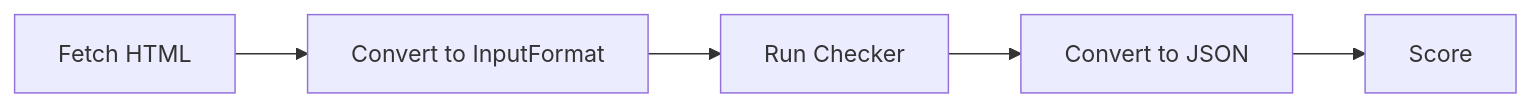
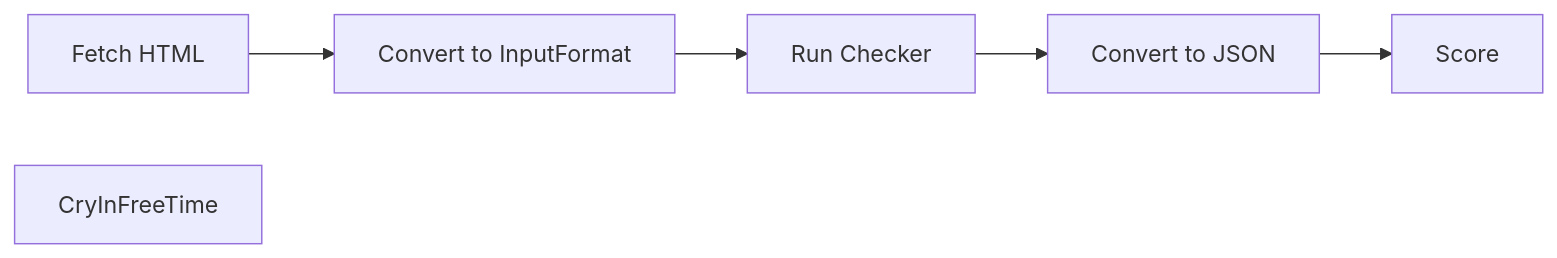
Before and after one commit to plutoniumm/a11yscore: the diagram in README.md, drawn with Mermaid. The commit also changed other lines of this file and 2 other files, not shown here.

````diff
--- a/README.md
+++ b/README.md
@@ -35,7 +37,9 @@
 ```mermaid
 graph LR
 A[Fetch HTML] --> A2[Convert to InputFormat]
 A2 --> B[Run Checker]
 B --> C[Convert to JSON]
 C --> D[Score]
+
+CryInFreeTime
 ```
````
